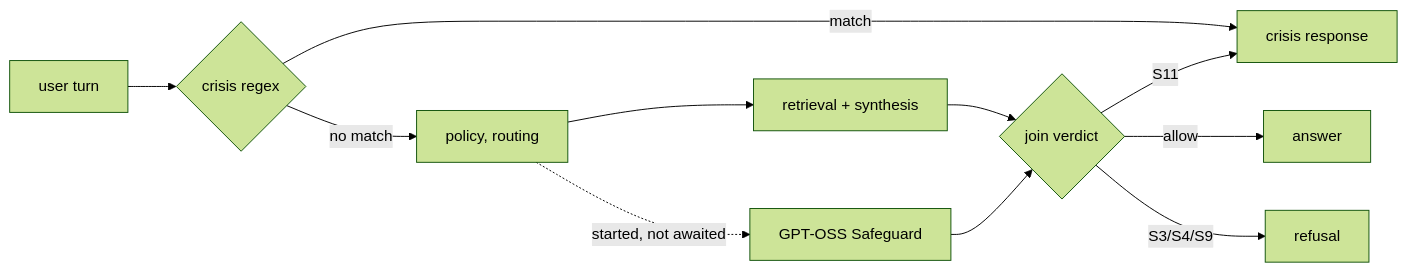
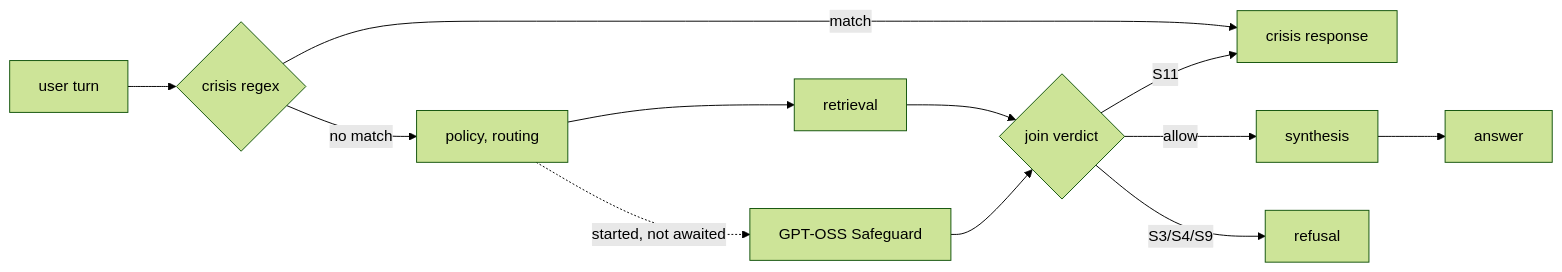
Before and after one commit to HarshitBadam/trade-intel: the third of 3 diagrams in docs/architecture.md, drawn with Mermaid (forest theme). The commit also changed other lines of this file and 89 other files, not shown here.

````diff
--- a/docs/architecture.md
+++ b/docs/architecture.md
@@ -145,13 +161,14 @@
 ```mermaid
 flowchart LR
   M["user turn"] --> R{"crisis regex"}
   R -->|match| C["crisis response"]
   R -->|no match| P["policy, routing"]
-  P --> A["retrieval + synthesis"]
+  P --> RT["retrieval"]
   P -.->|started, not awaited| G["GPT-OSS Safeguard"]
-  A --> J{"join verdict"}
+  RT --> J{"join verdict"}
   G --> J
-  J -->|allow| OUT["answer"]
+  J -->|allow| A["synthesis"]
+  A --> OUT["answer"]
   J -->|S11| C
   J -->|S3/S4/S9| REF["refusal"]
 ```
````
